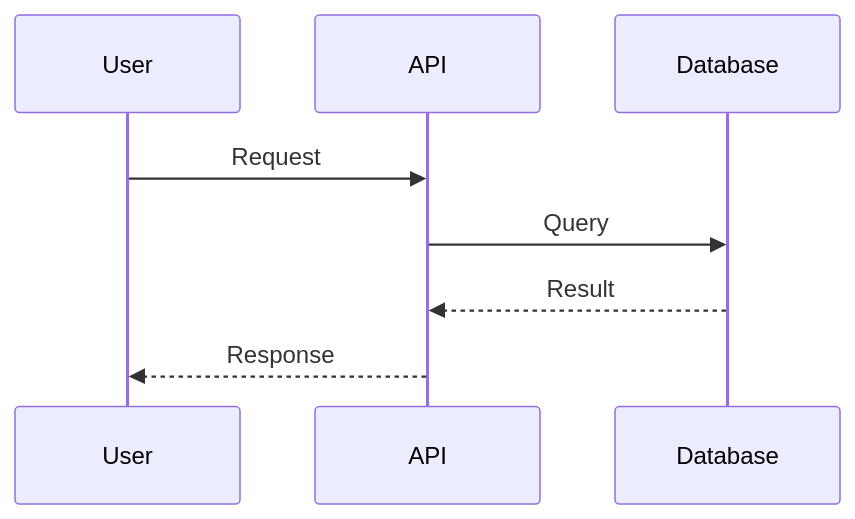
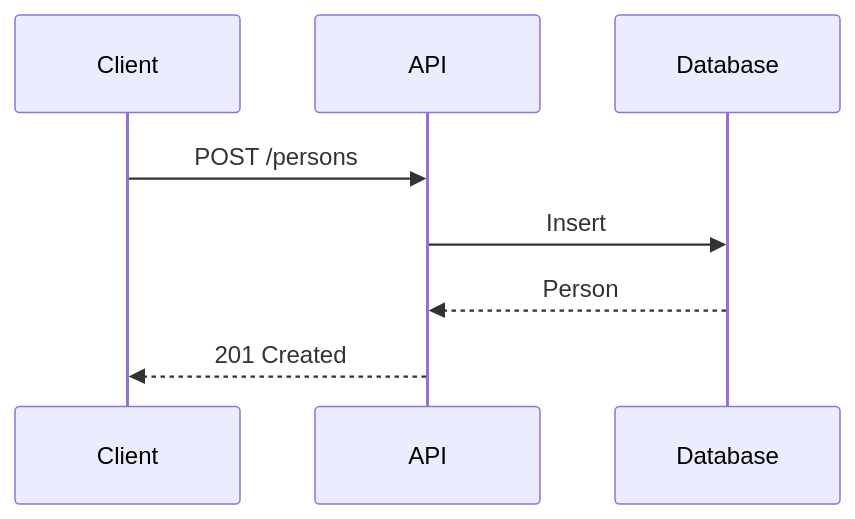
One commit to parmazip/monobase changed the first of 2 diagrams in specs/api/docs/DOCUMENTATION.md. Above: the diagram before and after it, drawn with Mermaid. The commit also changed other lines of this file and 4 other files, not shown here.

````diff
--- a/specs/api/docs/DOCUMENTATION.md
+++ b/specs/api/docs/DOCUMENTATION.md
@@ -244,11 +104,7 @@
 ```mermaid
 sequenceDiagram
-    participant User
-    participant API
-    participant Database
-    
-    User->>API: Request
-    API->>Database: Query
-    Database-->>API: Result
-    API-->>User: Response
+    Client->>API: POST /persons
+    API->>Database: Insert
+    Database-->>API: Person
+    API-->>Client: 201 Created
 ```
````
